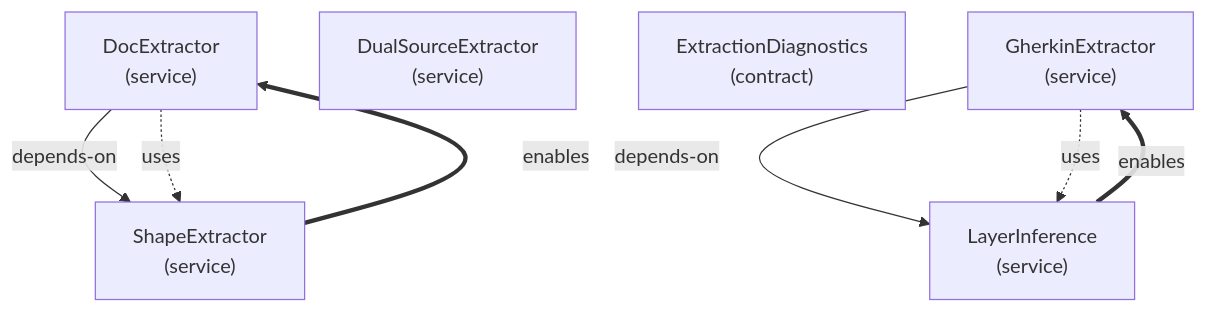
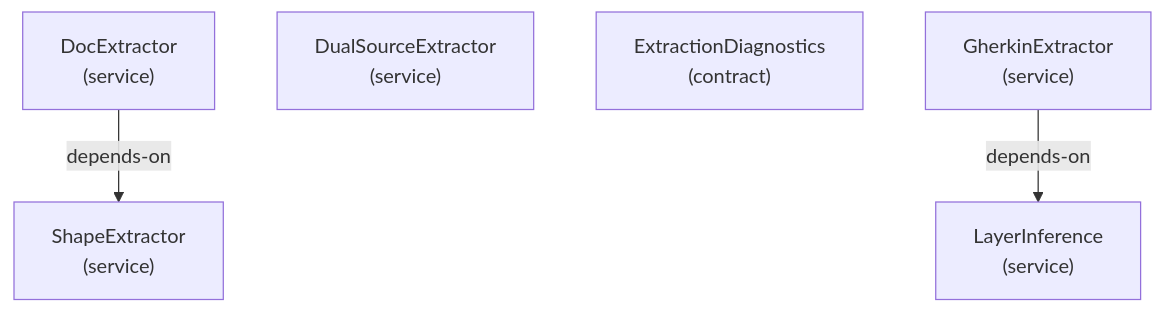
Before and after one commit to libar-dev/architect: the ninth of 23 diagrams in docs-live/ARCHITECTURE.md, drawn with Mermaid. The commit also changed other lines of this file and 4 other files, not shown here.

First line of the commit message:
WS-3 Session 16 (D-19): forward-only per-group architecture detail diagrams

````diff
--- a/docs-live/ARCHITECTURE.md
+++ b/docs-live/ARCHITECTURE.md
@@ -199,15 +171,11 @@
 ```mermaid
 graph TD
   docextractor["DocExtractor<br/>(service)"]
   dualsourceextractor["DualSourceExtractor<br/>(service)"]
   extractiondiagnostics["ExtractionDiagnostics<br/>(contract)"]
   gherkinextractor["GherkinExtractor<br/>(service)"]
   layerinference["LayerInference<br/>(service)"]
   shapeextractor["ShapeExtractor<br/>(service)"]
   docextractor -->|depends-on| shapeextractor
-  docextractor -.->|uses| shapeextractor
   gherkinextractor -->|depends-on| layerinference
-  gherkinextractor -.->|uses| layerinference
-  layerinference ==>|enables| gherkinextractor
-  shapeextractor ==>|enables| docextractor
 ```
````
